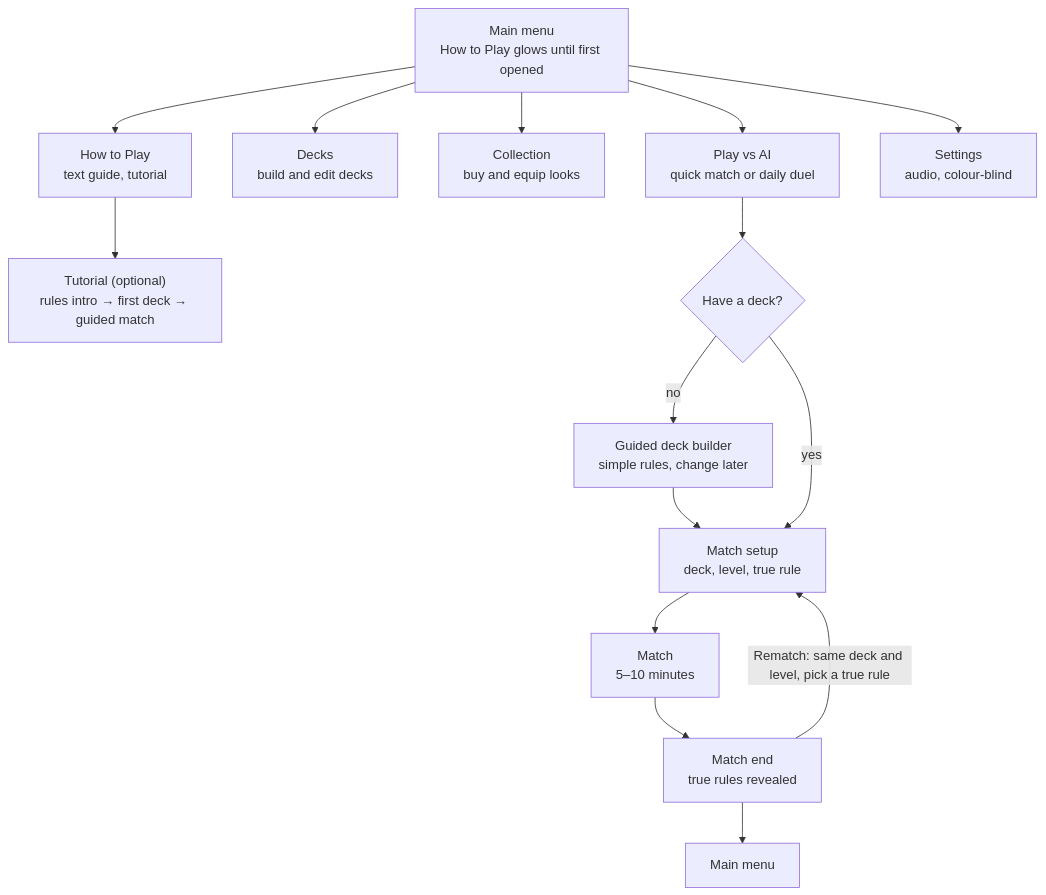
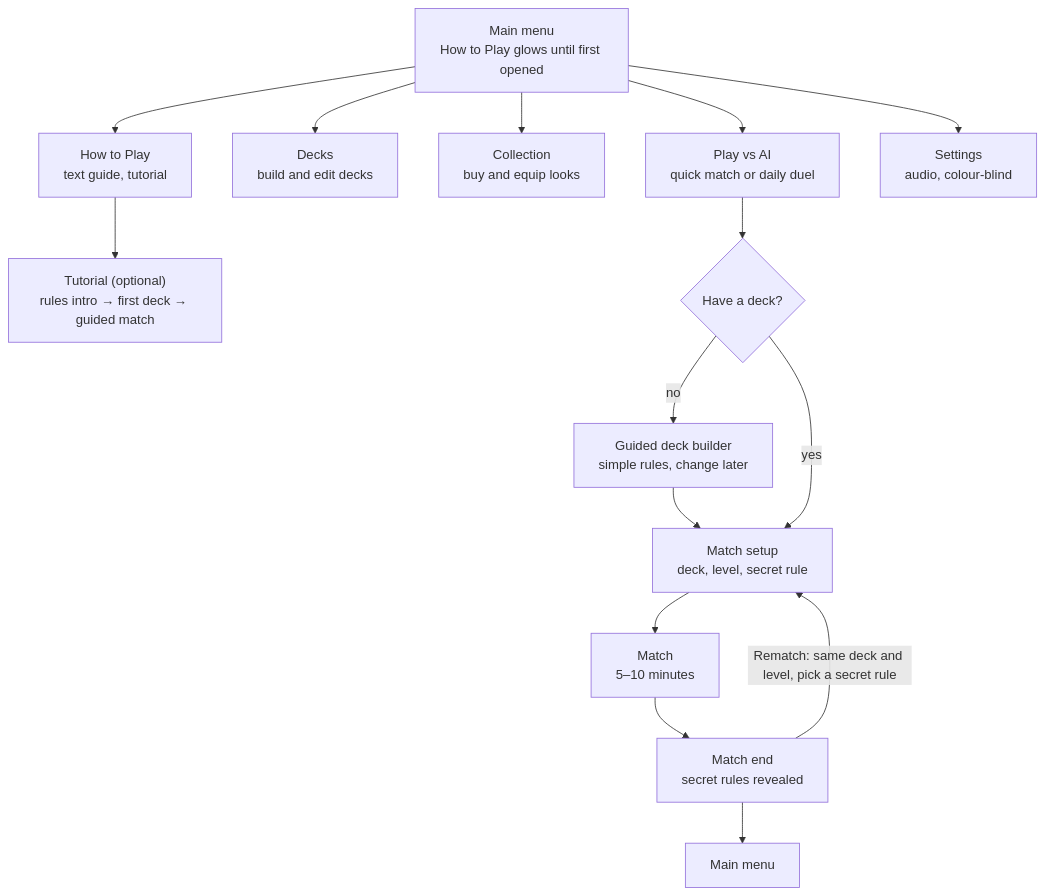
The second of 2 diagrams in docs/game-design-document.md (BlueDespero/Ballen), drawn with Mermaid before and after one commit. The commit also changed other lines of this file and 9 other files, not shown here.

First line of the commit message:
Rename true rule to secret rule in the docs

````diff
--- a/docs/game-design-document.md
+++ b/docs/game-design-document.md
@@ -139,17 +139,17 @@
 ```mermaid
 flowchart TD
     menu["Main menu<br/>How to Play glows until first opened"] --> play["Play vs AI<br/>quick match or daily duel"]
     menu --> decks["Decks<br/>build and edit decks"]
     menu --> collection["Collection<br/>buy and equip looks"]
     menu --> how["How to Play<br/>text guide, tutorial"]
     menu --> settings["Settings<br/>audio, colour-blind"]
     how --> tutorial["Tutorial (optional)<br/>rules intro → first deck → guided match"]
     play --> has{"Have a deck?"}
     has -- no --> guided["Guided deck builder<br/>simple rules, change later"]
-    guided --> setup["Match setup<br/>deck, level, true rule"]
+    guided --> setup["Match setup<br/>deck, level, secret rule"]
     has -- yes --> setup
     setup --> match["Match<br/>5–10 minutes"]
-    match --> endscreen["Match end<br/>true rules revealed"]
-    endscreen -- "Rematch: same deck and level, pick a true rule" --> setup
+    match --> endscreen["Match end<br/>secret rules revealed"]
+    endscreen -- "Rematch: same deck and level, pick a secret rule" --> setup
     endscreen --> back["Main menu"]
 ```
````
